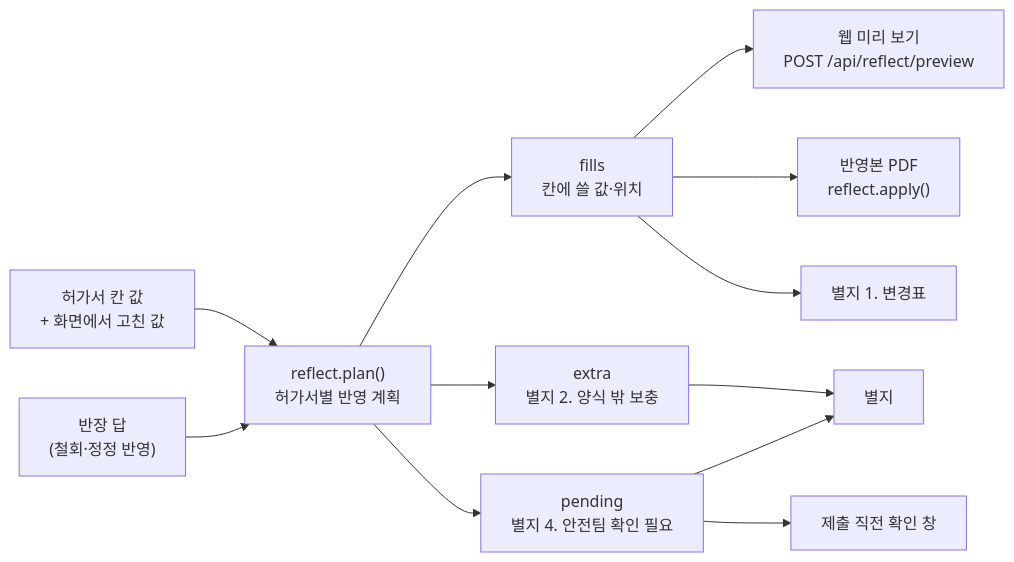
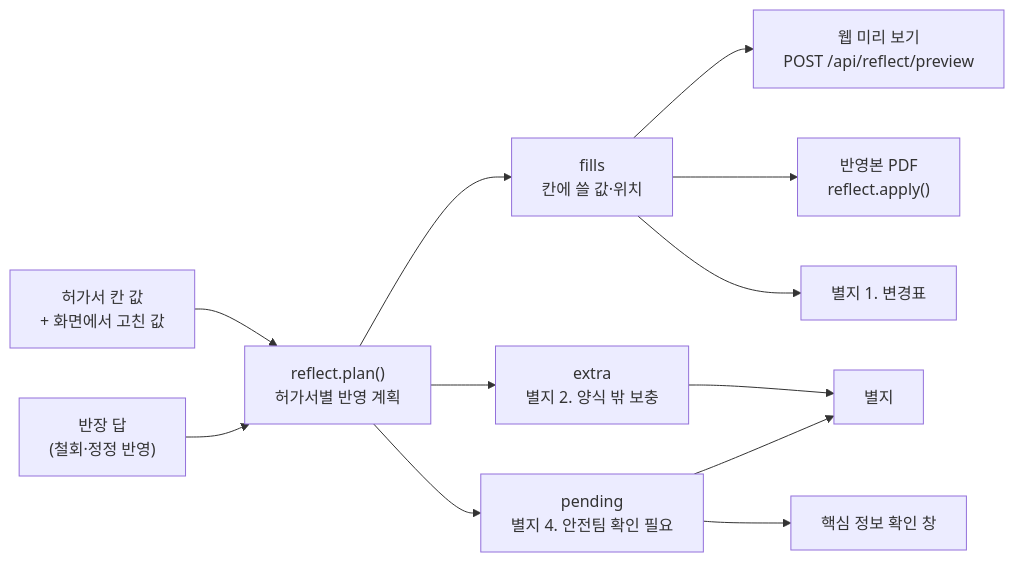
One commit to seojaeohcode/croScan changed the first of 3 diagrams in docs/08_반영본과_별지.md. Above: the diagram before and after it, drawn with Mermaid. The commit also changed other lines of this file and 26 other files, not shown here.

````diff
--- a/docs/08_반영본과_별지.md
+++ b/docs/08_반영본과_별지.md
@@ -51,14 +51,14 @@
 ```mermaid
 flowchart LR
     A["허가서 칸 값<br/>+ 화면에서 고친 값"] --> P["reflect.plan()<br/>허가서별 반영 계획"]
     B["반장 답<br/>(철회·정정 반영)"] --> P
     P --> F["fills<br/>칸에 쓸 값·위치"]
     P --> E["extra<br/>별지 2. 양식 밖 보충"]
     P --> Q["pending<br/>별지 4. 안전팀 확인 필요"]
     F --> V["웹 미리 보기<br/>POST /api/reflect/preview"]
     F --> D["반영본 PDF<br/>reflect.apply()"]
     F --> S["별지 1. 변경표"]
     E --> S2["별지"]
     Q --> S2
-    Q --> W["제출 직전 확인 창"]
+    Q --> W["핵심 정보 확인 창"]
 ```
````
